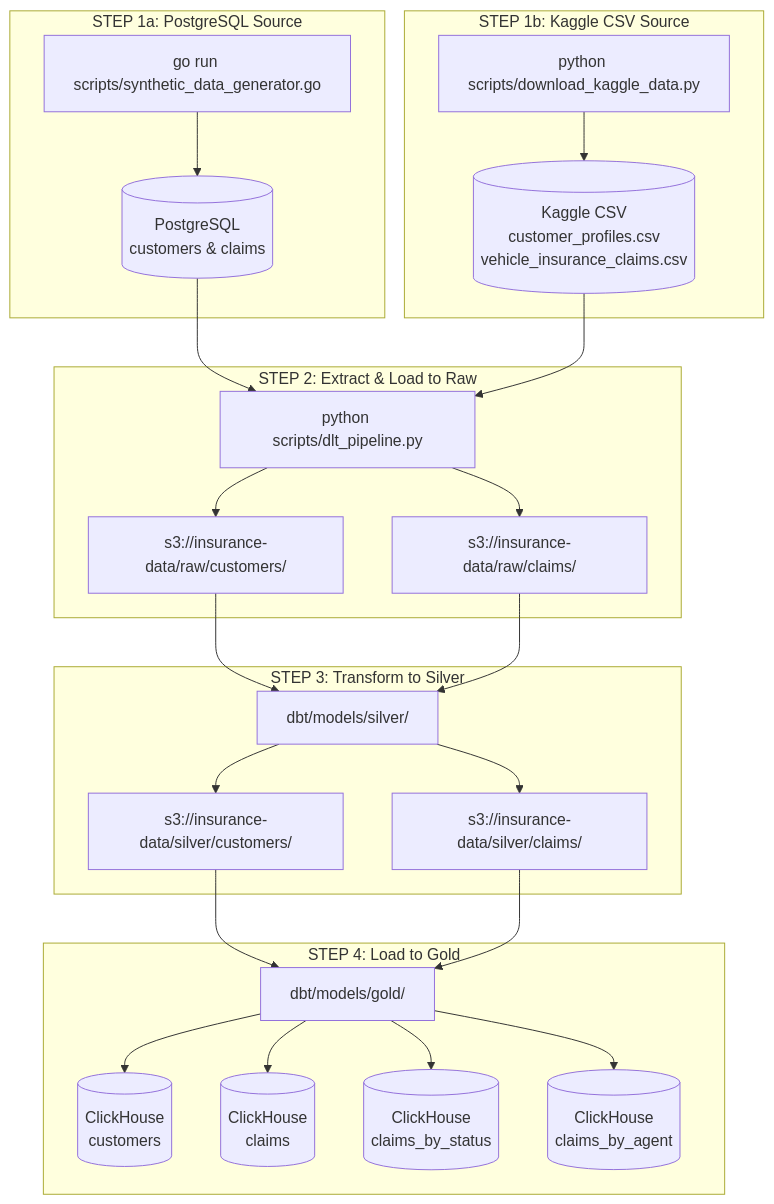
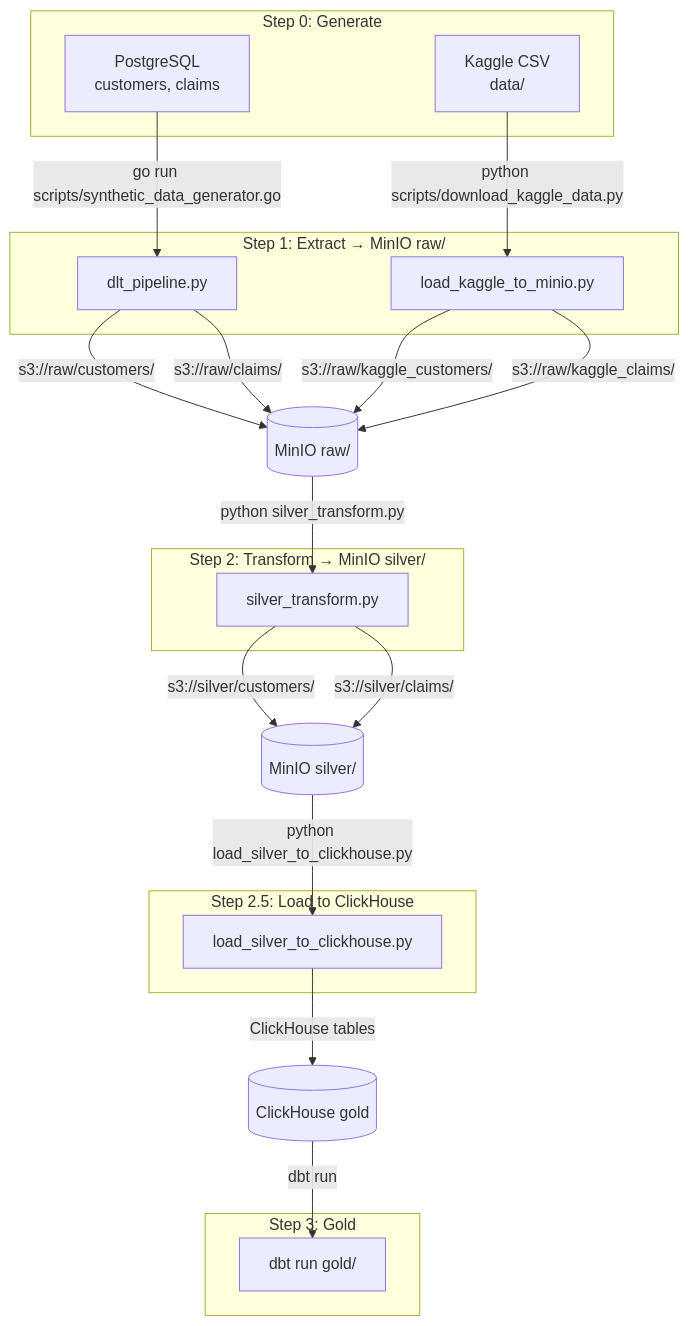
One commit to matiasmagni/insurance-company-data-pipeline-example changed the second of 4 diagrams in README.md. Above: the diagram before and after it, drawn with Mermaid. The commit also changed other lines of this file and 27 other files, not shown here.

First line of the commit message:
Initial commit: Production-grade insurance data pipeline

````diff
--- a/README.md
+++ b/README.md
@@ -364,34 +366,37 @@
 ```mermaid
 flowchart TB
-    subgraph "STEP 1a: PostgreSQL Source"
-        A[go run scripts/synthetic_data_generator.go] --> B[(PostgreSQL\ncustomers & claims)]
+    subgraph "Step 0: Generate"
+        PG["PostgreSQL<br/>customers, claims"]
+        KG["Kaggle CSV<br/>data/"]
     end
     
-    subgraph "STEP 1b: Kaggle CSV Source"
-        K1[python scripts/download_kaggle_data.py] --> K2[(Kaggle CSV\ncustomer_profiles.csv\nvehicle_insurance_claims.csv)]
+    subgraph "Step 1: Extract → MinIO raw/"
+        DLT[dlt_pipeline.py]
+        K2M[load_kaggle_to_minio.py]
     end
     
-    subgraph "STEP 2: Extract & Load to Raw"
-        C[python scripts/dlt_pipeline.py] --> D[s3://insurance-data/raw/customers/]
-        C --> E[s3://insurance-data/raw/claims/]
+    subgraph "Step 2: Transform → MinIO silver/"
+        SIL[silver_transform.py]
     end
     
-    subgraph "STEP 3: Transform to Silver"
-        F[dbt/models/silver/] --> G[s3://insurance-data/silver/customers/]
-        F --> H[s3://insurance-data/silver/claims/]
+    subgraph "Step 2.5: Load to ClickHouse"
+        LOAD[load_silver_to_clickhouse.py]
     end
     
-    subgraph "STEP 4: Load to Gold"
-        I[dbt/models/gold/] --> J[(ClickHouse\ncustomers)]
-        I --> K[(ClickHouse\nclaims)]
-        I --> L[(ClickHouse\nclaims_by_status)]
-        I --> M[(ClickHouse\nclaims_by_agent)]
+    subgraph "Step 3: Gold"
+        DBT[dbt run gold/]
     end
     
-    B --> C
-    K2 --> C
-    D --> F
-    E --> F
-    G --> I
-    H --> I
+    PG -->|go run scripts/synthetic_data_generator.go| DLT
+    KG -->|python scripts/download_kaggle_data.py| K2M
+    DLT -->|s3://raw/customers/| RAW[(MinIO raw/)]
+    DLT -->|s3://raw/claims/| RAW
+    K2M -->|s3://raw/kaggle_customers/| RAW
+    K2M -->|s3://raw/kaggle_claims/| RAW
+    RAW -->|python silver_transform.py| SIL
+    SIL -->|s3://silver/customers/| SILV[(MinIO silver/)]
+    SIL -->|s3://silver/claims/| SILV
+    SILV -->|python load_silver_to_clickhouse.py| LOAD
+    LOAD -->|ClickHouse tables| CH[(ClickHouse gold)]
+    CH -->|dbt run| DBT
 ```
````
